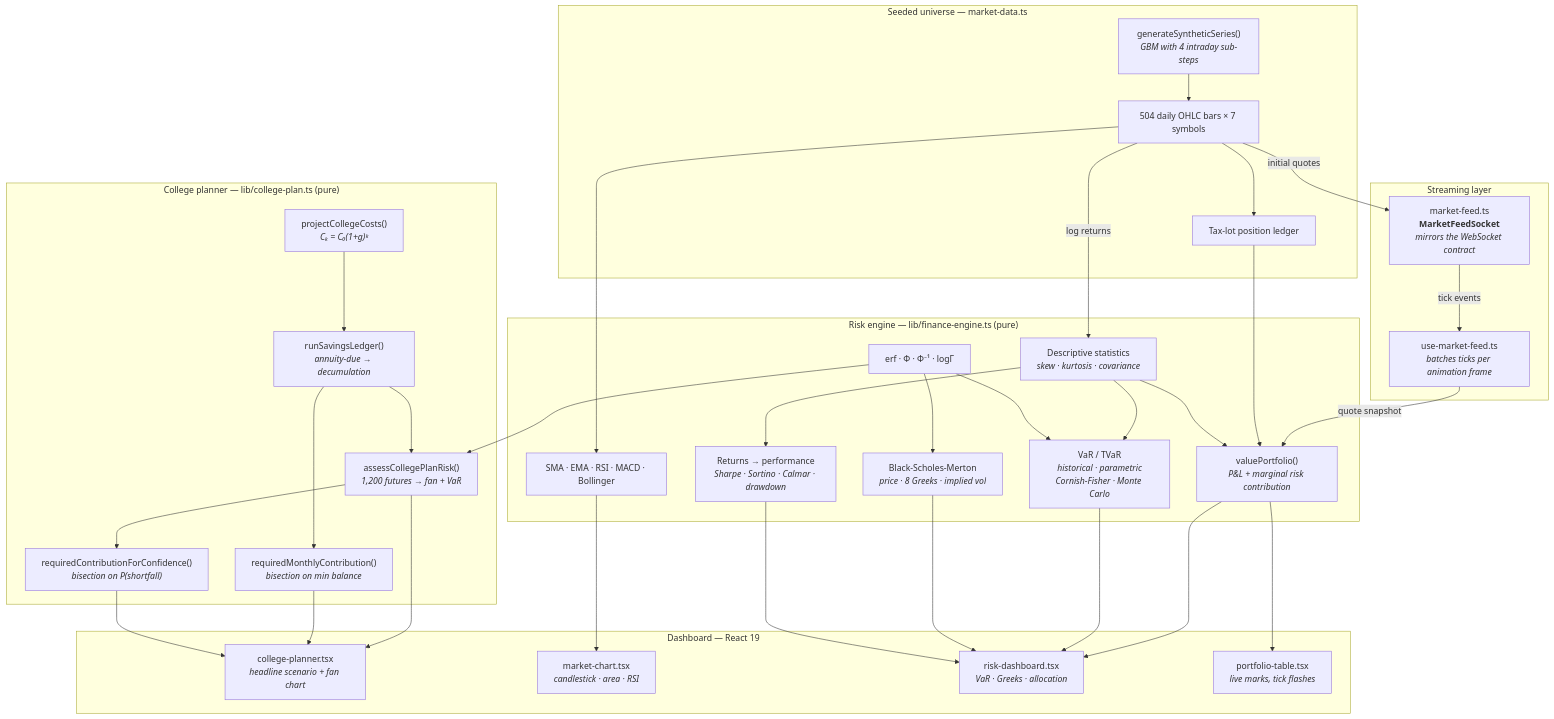
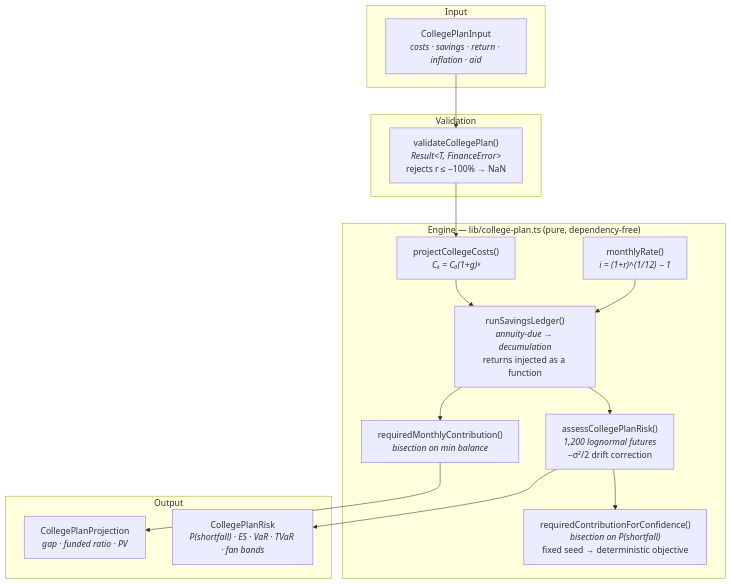
The diagram in README.md (dung037517-netizen/finhub-tracker), drawn with Mermaid before and after one commit. The commit also changed other lines of this file and 6 other files, not shown here.

````diff
--- a/README.md
+++ b/README.md
@@ -99,68 +95,33 @@
 ```mermaid
 flowchart TB
-    subgraph FEED["Streaming layer"]
-        MFS["market-feed.ts<br/><b>MarketFeedSocket</b><br/><i>mirrors the WebSocket contract</i>"]
-        HOOK["use-market-feed.ts<br/><i>batches ticks per animation frame</i>"]
+    subgraph IN["Input"]
+        SC["CollegePlanInput<br/><i>costs · savings · return · inflation · aid</i>"]
     end
 
-    subgraph DATA["Seeded universe — market-data.ts"]
-        GEN["generateSyntheticSeries()<br/><i>GBM with 4 intraday sub-steps</i>"]
-        HIST["504 daily OHLC bars × 7 symbols"]
-        POS["Tax-lot position ledger"]
+    subgraph VAL["Validation"]
+        V["validateCollegePlan()<br/><i>Result&lt;T, FinanceError&gt;</i><br/>rejects r ≤ −100% → NaN"]
     end
 
-    subgraph PLAN["College planner — lib/college-plan.ts (pure)"]
+    subgraph CORE["Engine — lib/college-plan.ts (pure, dependency-free)"]
         COST["projectCollegeCosts()<br/><i>Cₖ = C₀(1+g)ᵏ</i>"]
-        LEDG["runSavingsLedger()<br/><i>annuity-due → decumulation</i>"]
+        RATE["monthlyRate()<br/><i>i = (1+r)^(1/12) − 1</i>"]
+        LEDG["runSavingsLedger()<br/><i>annuity-due → decumulation</i><br/>returns injected as a function"]
         SOLVE["requiredMonthlyContribution()<br/><i>bisection on min balance</i>"]
-        CONF["requiredContributionForConfidence()<br/><i>bisection on P(shortfall)</i>"]
-        MCP["assessCollegePlanRisk()<br/><i>1,200 futures → fan + VaR</i>"]
+        MC["assessCollegePlanRisk()<br/><i>1,200 lognormal futures</i><br/>−σ²/2 drift correction"]
+        CONF["requiredContributionForConfidence()<br/><i>bisection on P(shortfall)</i><br/>fixed seed → deterministic objective"]
     end
 
-    subgraph ENGINE["Risk engine — lib/finance-engine.ts (pure)"]
-        STAT["Descriptive statistics<br/><i>skew · kurtosis · covariance</i>"]
-        SPEC["erf · Φ · Φ⁻¹ · logΓ"]
-        RET["Returns → performance<br/><i>Sharpe · Sortino · Calmar · drawdown</i>"]
-        VAR["VaR / TVaR<br/><i>historical · parametric<br/>Cornish-Fisher · Monte Carlo</i>"]
-        BS["Black-Scholes-Merton<br/><i>price · 8 Greeks · implied vol</i>"]
-        TA["SMA · EMA · RSI · MACD · Bollinger"]
-        PORT["valuePortfolio()<br/><i>P&L + marginal risk contribution</i>"]
+    subgraph OUT["Output"]
+        PROJ["CollegePlanProjection<br/><i>gap · funded ratio · PV</i>"]
+        RISK["CollegePlanRisk<br/><i>P(shortfall) · ES · VaR · TVaR · fan bands</i>"]
     end
 
-    subgraph VIEW["Dashboard — React 19"]
-        CP["college-planner.tsx<br/><i>headline scenario + fan chart</i>"]
-        MC["market-chart.tsx<br/><i>candlestick · area · RSI</i>"]
-        RD["risk-dashboard.tsx<br/><i>VaR · Greeks · allocation</i>"]
-        PT["portfolio-table.tsx<br/><i>live marks, tick flashes</i>"]
-    end
-
-    GEN --> HIST
-    HIST --> POS
-    HIST -->|"initial quotes"| MFS
-    MFS -->|"tick events"| HOOK
-    HOOK -->|"quote snapshot"| PORT
-    POS --> PORT
-
-    HIST --> TA
-    HIST -->|"log returns"| STAT
-    STAT --> RET
-    STAT --> VAR
-    SPEC --> VAR
-    SPEC --> BS
-    STAT --> PORT
-
-    COST --> LEDG --> SOLVE
-    LEDG --> MCP
-    MCP --> CONF
-    SPEC --> MCP
-    MCP --> CP
-    SOLVE --> CP
-    CONF --> CP
-
-    TA --> MC
-    PORT --> PT
-    PORT --> RD
-    VAR --> RD
-    BS --> RD
-    RET --> RD
+    SC --> V --> COST
+    RATE --> LEDG
+    COST --> LEDG
+    LEDG --> SOLVE
+    LEDG --> MC
+    MC --> CONF
+    SOLVE --> PROJ
+    MC --> RISK
 ```
````
